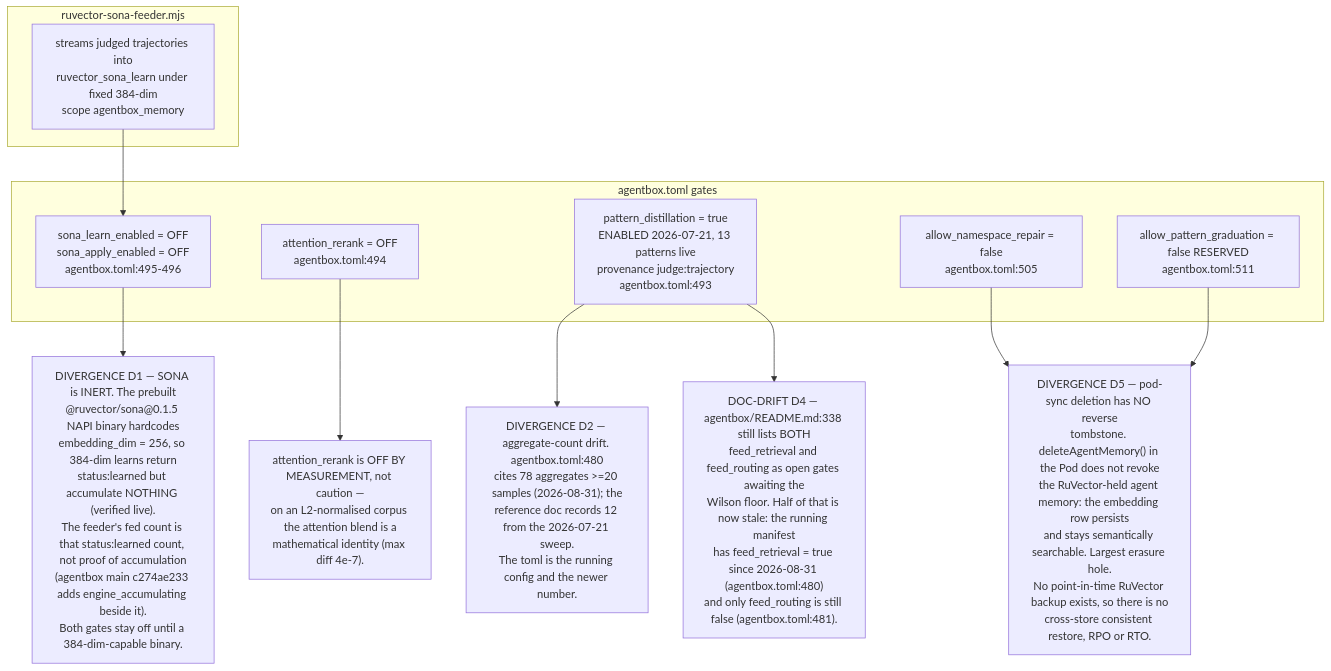
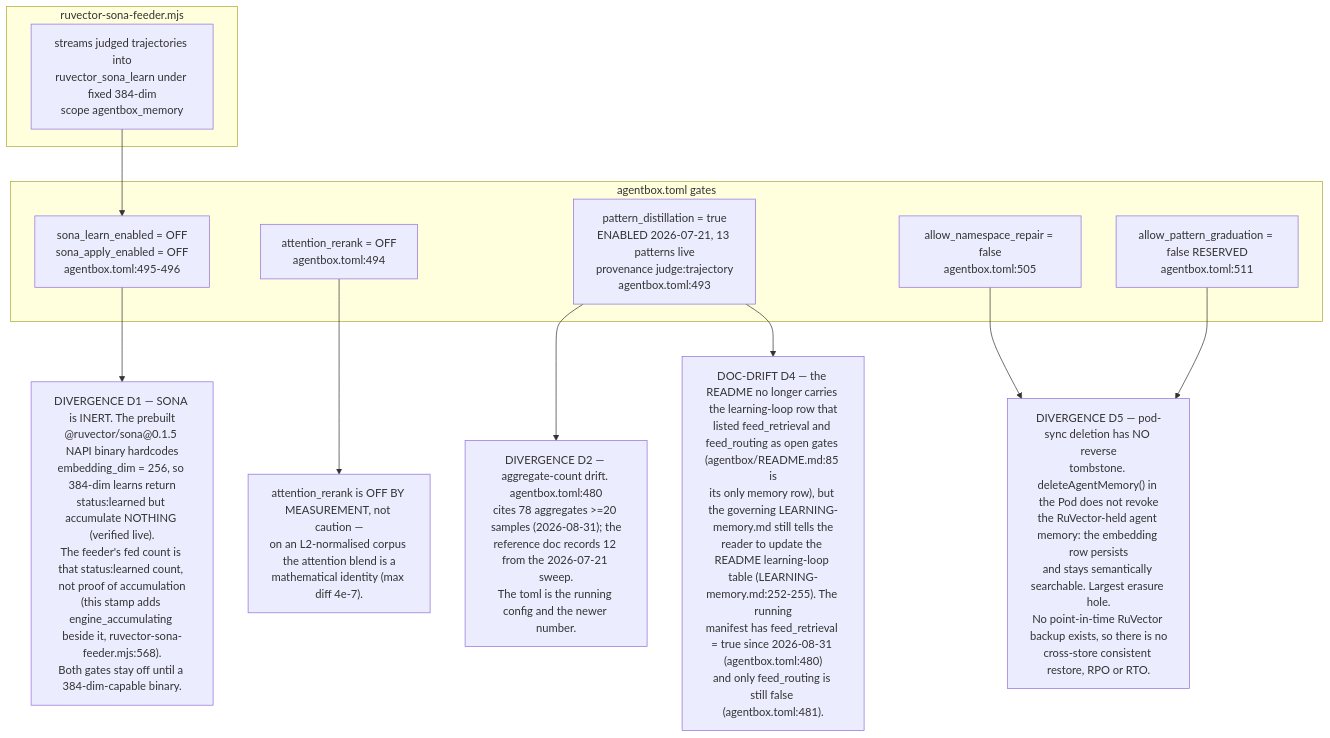
The fifth of 6 diagrams in docs/diagrams/estate/07-memory-and-embedding-estate.md (DreamLab-AI/VisionFlow), drawn with Mermaid before and after one commit. The commit also changed other lines of this file and 160 other files, not shown here.

````diff
--- a/docs/diagrams/estate/07-memory-and-embedding-estate.md
+++ b/docs/diagrams/estate/07-memory-and-embedding-estate.md
@@ -156,26 +166,26 @@
 ```mermaid
 flowchart TB
     subgraph feeder["ruvector-sona-feeder.mjs"]
         F1["streams judged trajectories into<br/>ruvector_sona_learn under fixed 384-dim<br/>scope agentbox_memory"]
     end
     subgraph gates["agentbox.toml gates"]
         G1["sona_learn_enabled = OFF<br/>sona_apply_enabled = OFF<br/>agentbox.toml:495-496"]
         G2["attention_rerank = OFF<br/>agentbox.toml:494"]
         G3["pattern_distillation = true<br/>ENABLED 2026-07-21, 13 patterns live<br/>provenance judge:trajectory<br/>agentbox.toml:493"]
         G4["allow_namespace_repair = false<br/>agentbox.toml:505"]
         G5["allow_pattern_graduation = false RESERVED<br/>agentbox.toml:511"]
     end
-    D1["DIVERGENCE D1 — SONA is INERT. The prebuilt<br/>@ruvector/sona@0.1.5 NAPI binary hardcodes<br/>embedding_dim = 256, so 384-dim learns return<br/>status:learned but accumulate NOTHING (verified live).<br/>The feeder's fed count is that status:learned count, not proof of accumulation<br/>(agentbox main c274ae233 adds engine_accumulating beside it).<br/>Both gates stay off until a 384-dim-capable binary."]
+    D1["DIVERGENCE D1 — SONA is INERT. The prebuilt<br/>@ruvector/sona@0.1.5 NAPI binary hardcodes<br/>embedding_dim = 256, so 384-dim learns return<br/>status:learned but accumulate NOTHING (verified live).<br/>The feeder's fed count is that status:learned count, not proof of accumulation<br/>(this stamp adds engine_accumulating beside it, ruvector-sona-feeder.mjs:568).<br/>Both gates stay off until a 384-dim-capable binary."]
     D1B["attention_rerank is OFF BY MEASUREMENT, not caution —<br/>on an L2-normalised corpus the attention blend is a<br/>mathematical identity (max diff 4e-7)."]
     D2["DIVERGENCE D2 — aggregate-count drift. agentbox.toml:480<br/>cites 78 aggregates >=20 samples (2026-08-31); the<br/>reference doc records 12 from the 2026-07-21 sweep.<br/>The toml is the running config and the newer number."]
-    D4["DOC-DRIFT D4 — agentbox/README.md:338 still lists BOTH<br/>feed_retrieval and feed_routing as open gates awaiting the<br/>Wilson floor. Half of that is now stale: the running manifest<br/>has feed_retrieval = true since 2026-08-31 (agentbox.toml:480)<br/>and only feed_routing is still false (agentbox.toml:481)."]
+    D4["DOC-DRIFT D4 — the README no longer carries the learning-loop row that<br/>listed feed_retrieval and feed_routing as open gates (agentbox/README.md:85 is<br/>its only memory row), but the governing LEARNING-memory.md still tells the<br/>reader to update the README learning-loop table (LEARNING-memory.md:252-255). The running<br/>manifest has feed_retrieval = true since 2026-08-31 (agentbox.toml:480)<br/>and only feed_routing is still false (agentbox.toml:481)."]
     D5["DIVERGENCE D5 — pod-sync deletion has NO reverse<br/>tombstone. deleteAgentMemory() in the Pod does not revoke<br/>the RuVector-held agent memory: the embedding row persists<br/>and stays semantically searchable. Largest erasure hole.<br/>No point-in-time RuVector backup exists, so there is no<br/>cross-store consistent restore, RPO or RTO."]
 
     F1 --> G1
     G1 --> D1
     G2 --> D1B
     G3 --> D2
     G3 --> D4
     G4 --> D5
     G5 --> D5
 ```
````
